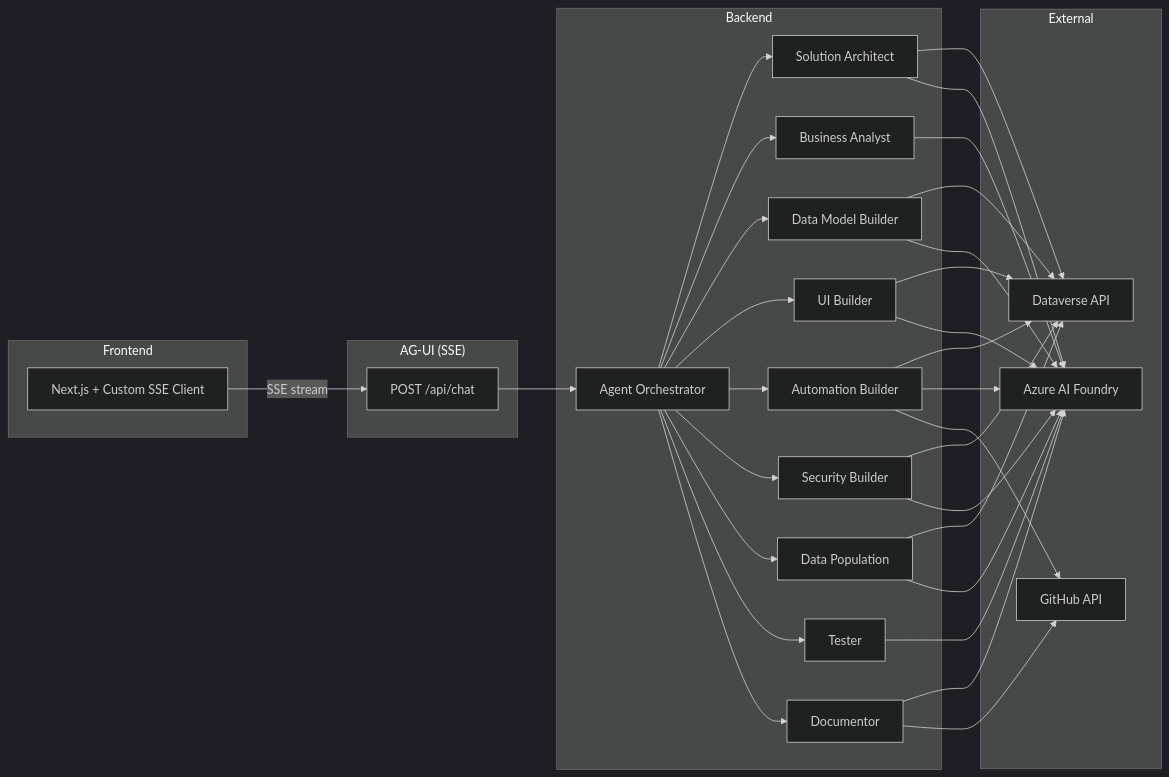
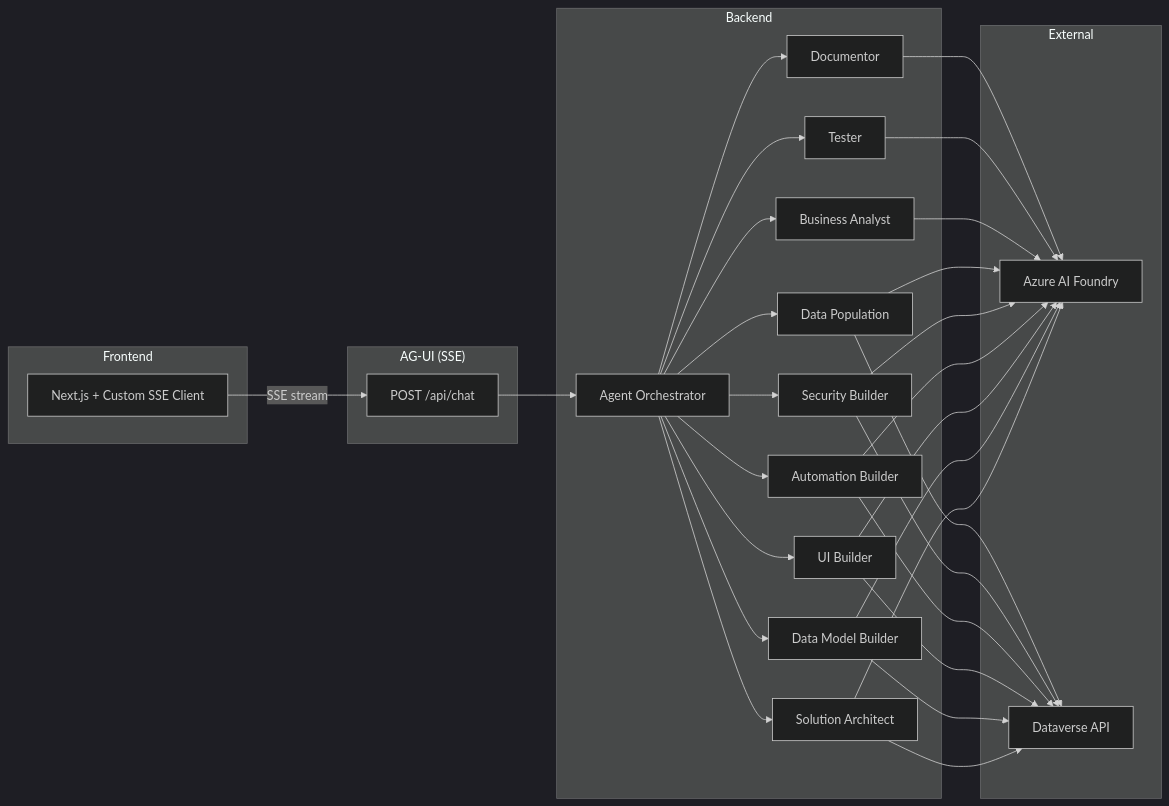
One commit to allandecastro/dataverse-ai-forge changed the diagram in README.md. Above: the diagram before and after it, drawn with Mermaid (dark theme). The commit also changed other lines of this file and 22 other files, not shown here.

````diff
--- a/README.md
+++ b/README.md
@@ -28,36 +28,34 @@
 ```mermaid
 graph LR
     subgraph Frontend
         UI[Next.js + Custom SSE Client]
     end
 
     subgraph "AG-UI (SSE)"
         SSE[POST /api/chat]
     end
 
     subgraph Backend
         Orch[Agent Orchestrator]
         SA[Solution Architect]
         BA[Business Analyst]
         DMB[Data Model Builder]
         UIB[UI Builder]
         AB[Automation Builder]
         SB[Security Builder]
         DP[Data Population]
         Test[Tester]
         Doc[Documentor]
     end
 
     subgraph External
         AOI[Azure AI Foundry]
         DV[Dataverse API]
-        GH[GitHub API]
     end
 
     UI -- SSE stream --> SSE
     SSE --> Orch
     Orch --> SA & BA & DMB & UIB & AB & SB & DP & Test & Doc
     SA & DMB & UIB & AB & SB & DP --> DV
     SA & DMB & UIB & AB & SB & DP & BA & Test & Doc --> AOI
-    AB & Doc --> GH
 ```
````
